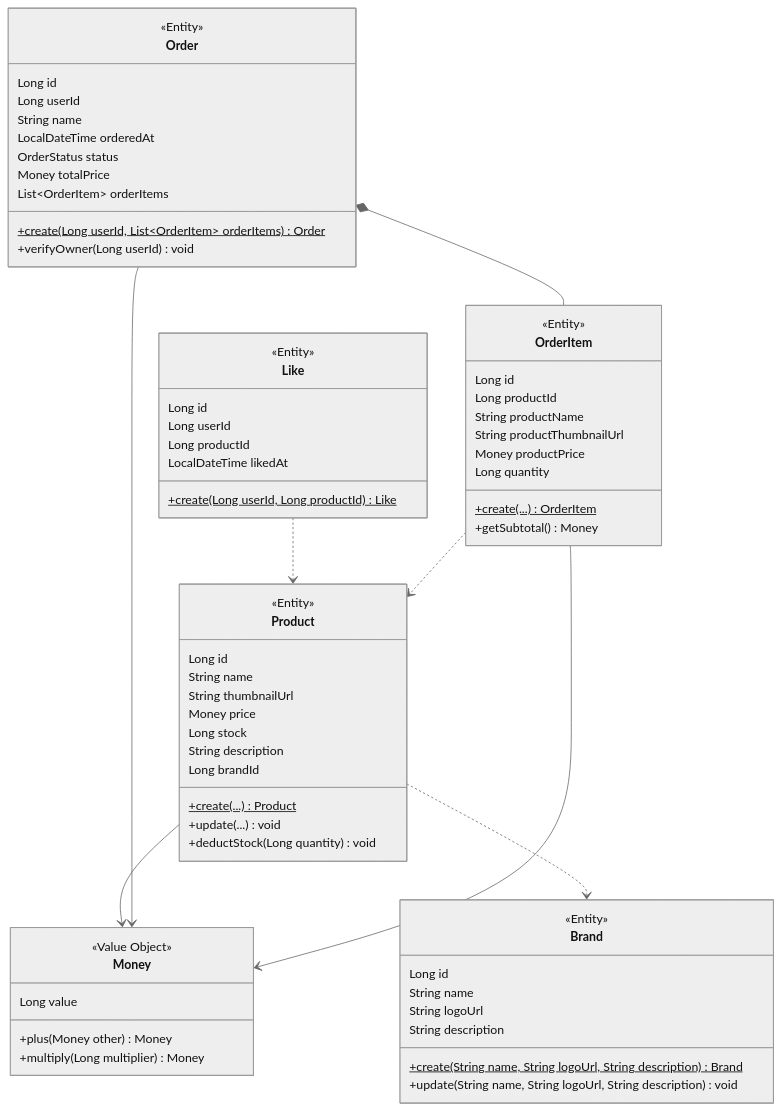
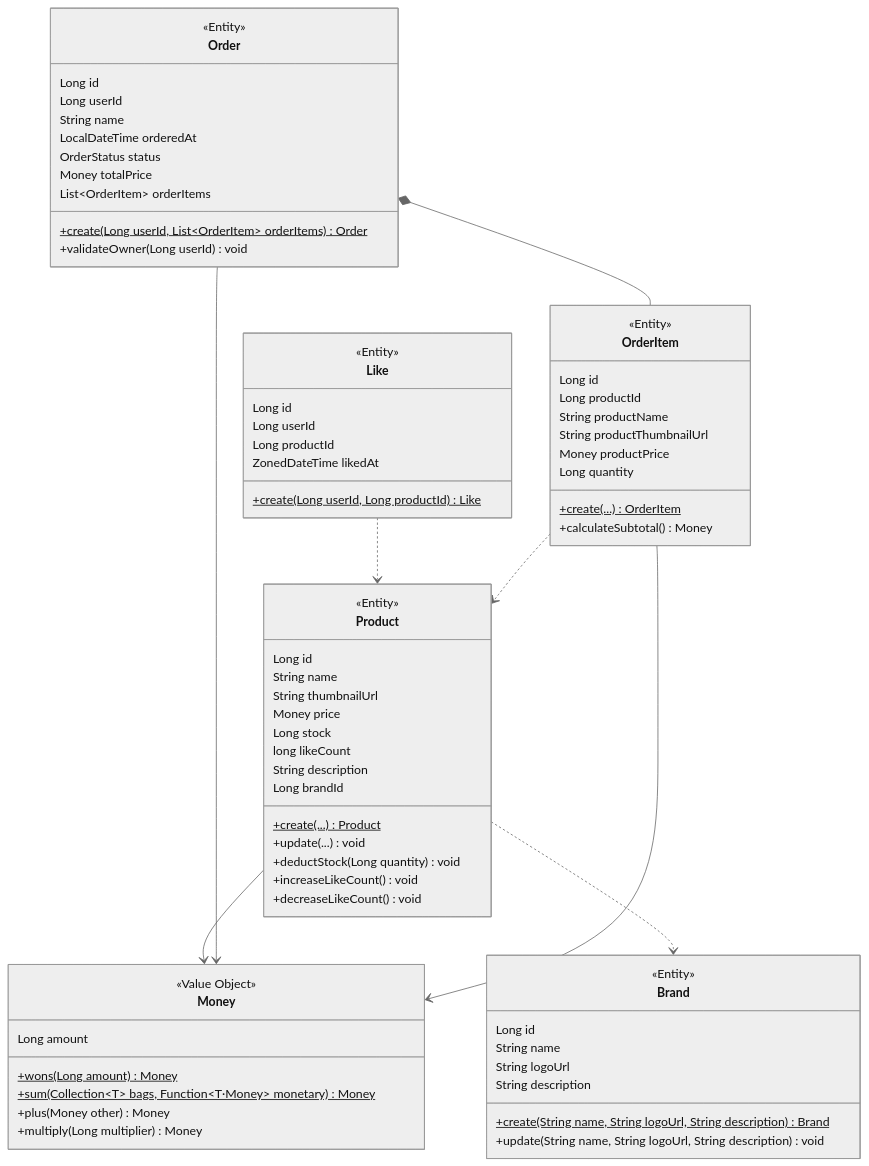
Before and after one commit to Loopers-dev-lab/loop-pack-be-l2-vol3-java: the diagram in .docs/design/03-class-diagram.md, drawn with Mermaid (neutral theme). The commit also changed other lines of this file and 143 other files, not shown here.

```diff
--- a/.docs/design/03-class-diagram.md
+++ b/.docs/design/03-class-diagram.md
@@ -39,7 +39,9 @@
     %% ── 공통 ──
     class Money {
         <<Value Object>>
-        Long value
+        Long amount
+        +wons(Long amount)$ Money
+        +sum(Collection~T~ bags, Function~T·Money~ monetary)$ Money
         +plus(Money other) Money
         +multiply(Long multiplier) Money
     }
@@ -63,11 +65,14 @@
         String thumbnailUrl
         Money price
         Long stock
+        long likeCount
         String description
         Long brandId
         +create(...)$ Product
         +update(...) void
         +deductStock(Long quantity) void
+        +increaseLikeCount() void
+        +decreaseLikeCount() void
     }
 
     %% ── Like ──
@@ -76,7 +81,7 @@
         Long id
         Long userId
         Long productId
-        LocalDateTime likedAt
+        ZonedDateTime likedAt
         +create(Long userId, Long productId)$ Like
     }
 
@@ -91,7 +96,7 @@
         Money totalPrice
         List~OrderItem~ orderItems
         +create(Long userId, List~OrderItem~ orderItems)$ Order
-        +verifyOwner(Long userId) void
+        +validateOwner(Long userId) void
     }
 
     class OrderItem {
@@ -103,7 +108,7 @@
         Money productPrice
         Long quantity
         +create(...)$ OrderItem
-        +getSubtotal() Money
+        +calculateSubtotal() Money
     }
 
     %% ── Product 관계 ──
```
